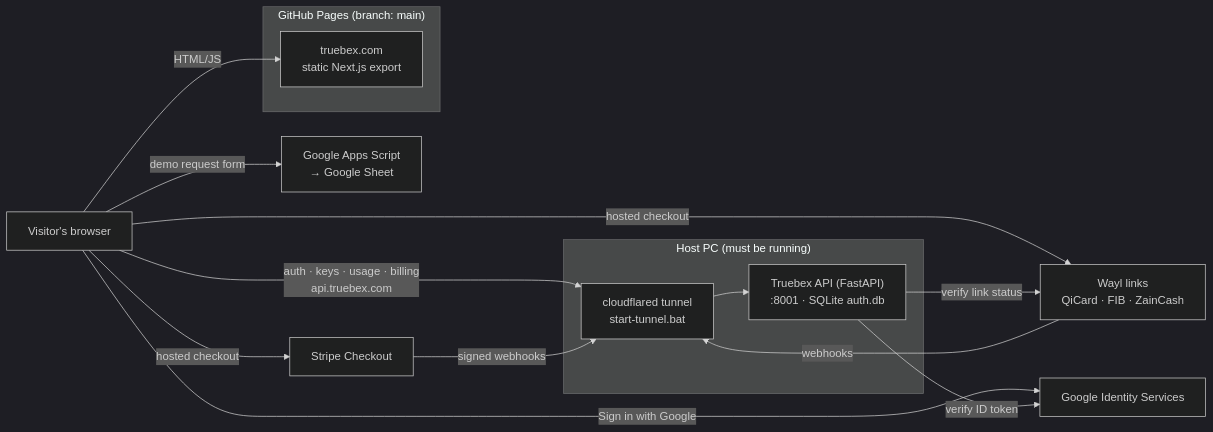
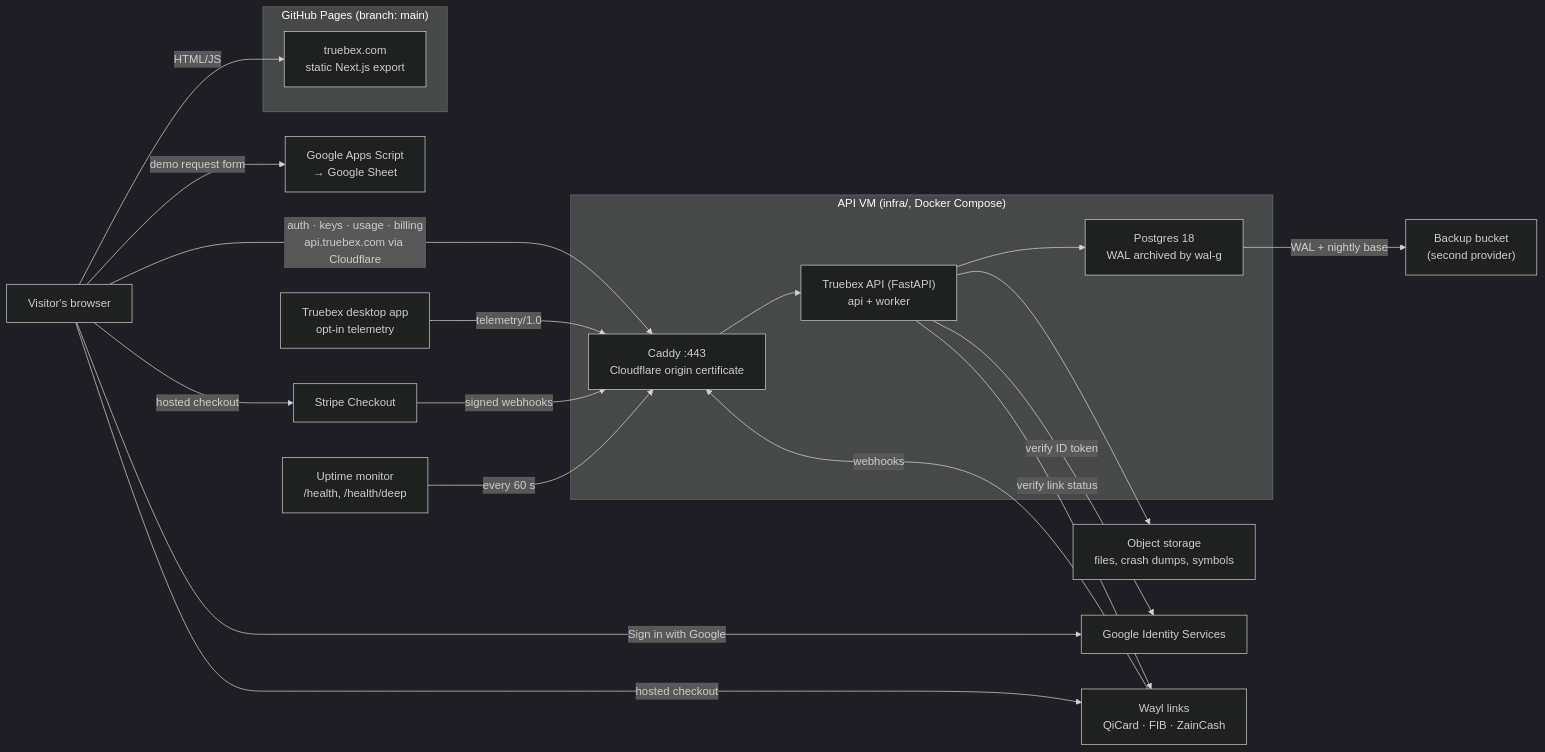
The diagram in README.md (dr99tm/Truebex), drawn with Mermaid (dark theme) before and after one commit. The commit also changed other lines of this file and 12 other files, not shown here.

````diff
--- a/README.md
+++ b/README.md
@@ -42,30 +42,41 @@
 ```mermaid
 flowchart LR
     Browser["Visitor's browser"]
 
     subgraph GH["GitHub Pages (branch: main)"]
         Site["truebex.com<br/>static Next.js export"]
     end
 
-    subgraph PC["Host PC (must be running)"]
-        Tunnel["cloudflared tunnel<br/>start-tunnel.bat"]
-        API["Truebex API (FastAPI)<br/>:8001 · SQLite auth.db"]
-        Tunnel --> API
+    subgraph VM["API VM (infra/, Docker Compose)"]
+        Caddy["Caddy :443<br/>Cloudflare origin certificate"]
+        API["Truebex API (FastAPI)<br/>api + worker"]
+        DB["Postgres 18<br/>WAL archived by wal-g"]
+        Caddy --> API
+        API --> DB
     end
+
+    Bucket["Object storage<br/>files, crash dumps, symbols"]
+    Backups["Backup bucket<br/>(second provider)"]
+    Monitor["Uptime monitor<br/>/health, /health/deep"]
+    App["Truebex desktop app<br/>opt-in telemetry"]
 
     Google["Google Identity Services"]
     Sheets["Google Apps Script<br/>→ Google Sheet"]
     Stripe["Stripe Checkout"]
     Wayl["Wayl links<br/>QiCard · FIB · ZainCash"]
 
     Browser -->|HTML/JS| Site
-    Browser -->|"auth · keys · usage · billing<br/>api.truebex.com"| Tunnel
+    Browser -->|"auth · keys · usage · billing<br/>api.truebex.com via Cloudflare"| Caddy
+    App -->|"telemetry/1.0"| Caddy
     Browser -->|"Sign in with Google"| Google
     Browser -->|demo request form| Sheets
     Browser -->|hosted checkout| Stripe
     Browser -->|hosted checkout| Wayl
-    Stripe -->|signed webhooks| Tunnel
-    Wayl -->|webhooks| Tunnel
+    Stripe -->|signed webhooks| Caddy
+    Wayl -->|webhooks| Caddy
+    API --> Bucket
+    DB -->|"WAL + nightly base"| Backups
+    Monitor -->|every 60 s| Caddy
     API -->|"verify link status"| Wayl
     API -->|"verify ID token"| Google
 ```
````
